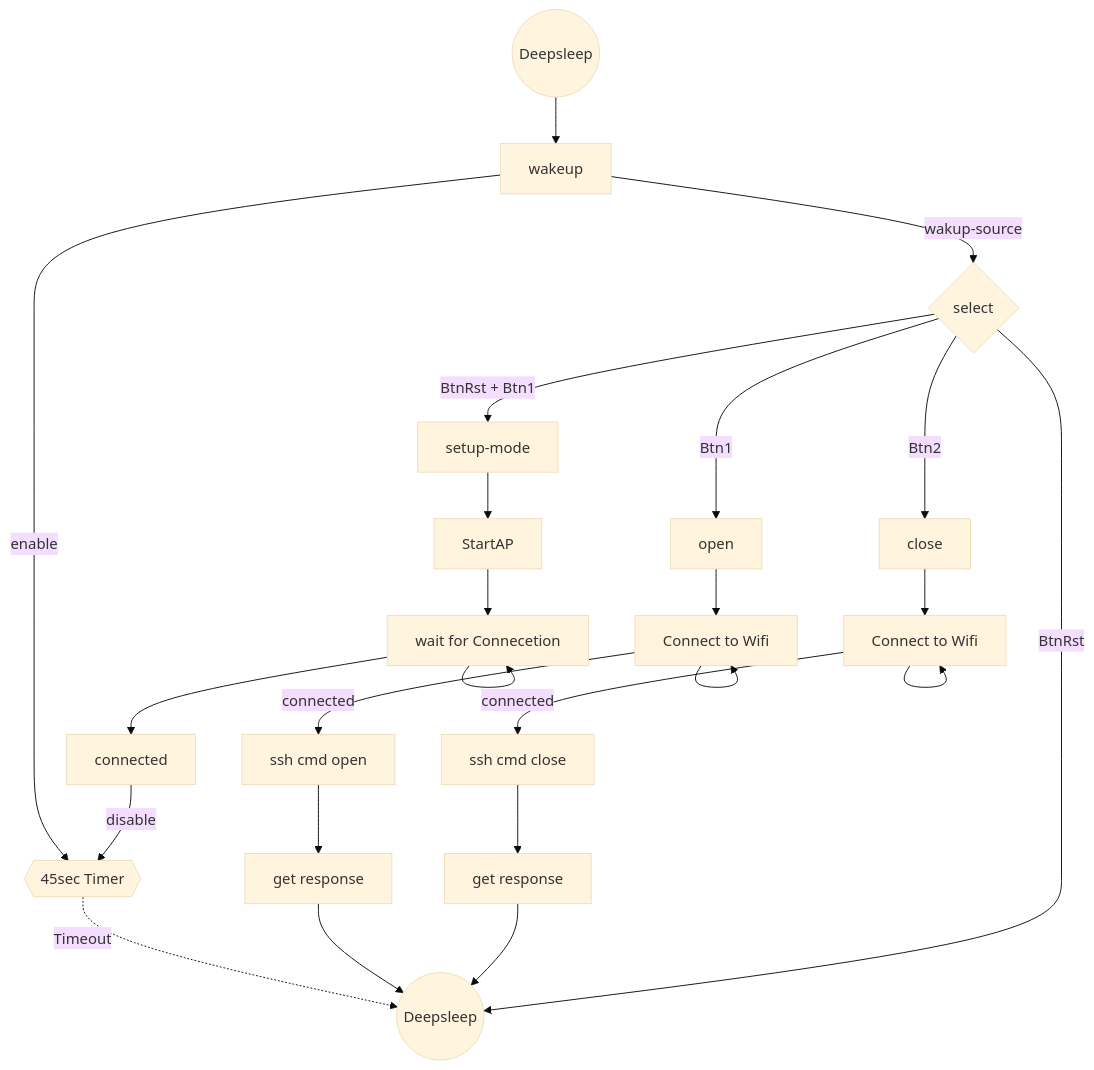
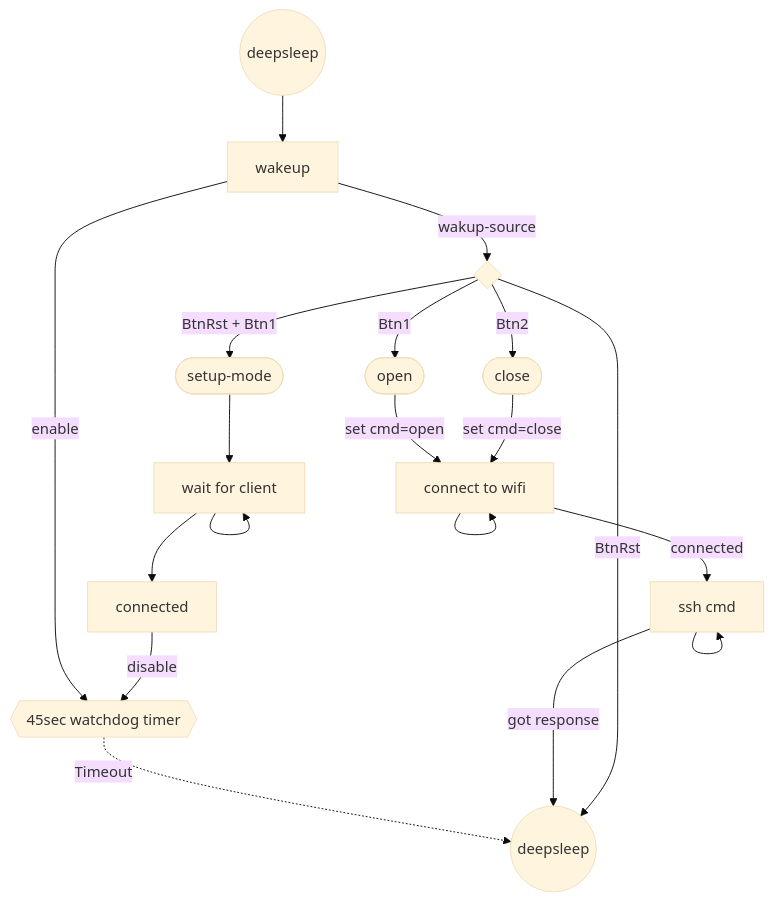
Before and after one commit to samularity/shackey: the diagram in README.md, drawn with Mermaid (base theme).

Commit message:
readme: update flowchart

````diff
--- a/README.md
+++ b/README.md
@@ -17,24 +17,23 @@
 ```mermaid
 graph TD
-    NodeS((Deepsleep)) --> wakeup -- wakup-source --> NodeW{select} 
+    NodeStart((deepsleep)) --> wakeup -- wakup-source --> NodeWAKE{ } 
 
-    wakeup -- enable --> NodeT{{45sec Timer}} -. Timeout .-> NodeZ
+    wakeup -- enable --> NodeTimer{{45sec watchdog timer}} -. Timeout .-> NodeZZZ
 
 
-    NodeW -->|BtnRst + Btn1| setup-mode --> StartAP --> NodeF["wait for Connecetion"] --> NodeC[ connected] 
-    NodeF --> NodeF
-    NodeC -- disable --> NodeT
-
-    NodeW -->|Btn1| open --> NodeA["Connect to Wifi"] -- connected --> NodeB["ssh cmd open"] --> NodeH["get response"] --> NodeZ
-    NodeA-->NodeA
-
-    NodeW -->|Btn2| close --> NodeD["Connect to Wifi"] -- connected --> NodeE["ssh cmd close"] --> NodeG["get response"] --> NodeZ
-    NodeD-->NodeD
-
-    NodeW -->|BtnRst| NodeZ  
+    NodeWAKE -->|BtnRst + Btn1| NodeK(["setup-mode"]) -->  NodeClient
+    NodeClient --> NodeClient
+    NodeClient["wait for client"] --> connected -- disable --> NodeTimer
 
 
+    NodeWAKE -->|Btn1| NodeJ([open]) -- set cmd=open--> NodeWIFI
+    NodeWAKE -->|Btn2| NodeI([close]) -- set cmd=close--> NodeWIFI
 
-    NodeZ((Deepsleep))
+    NodeWIFI["connect to wifi"] -- connected --> NodeCMD["ssh cmd"] -- got response --> NodeZZZ
+    NodeWIFI-->NodeWIFI
+    NodeCMD --> NodeCMD
 
+    NodeWAKE -->|BtnRst| NodeZZZ  
+
+    NodeZZZ((deepsleep))
 ```
````
